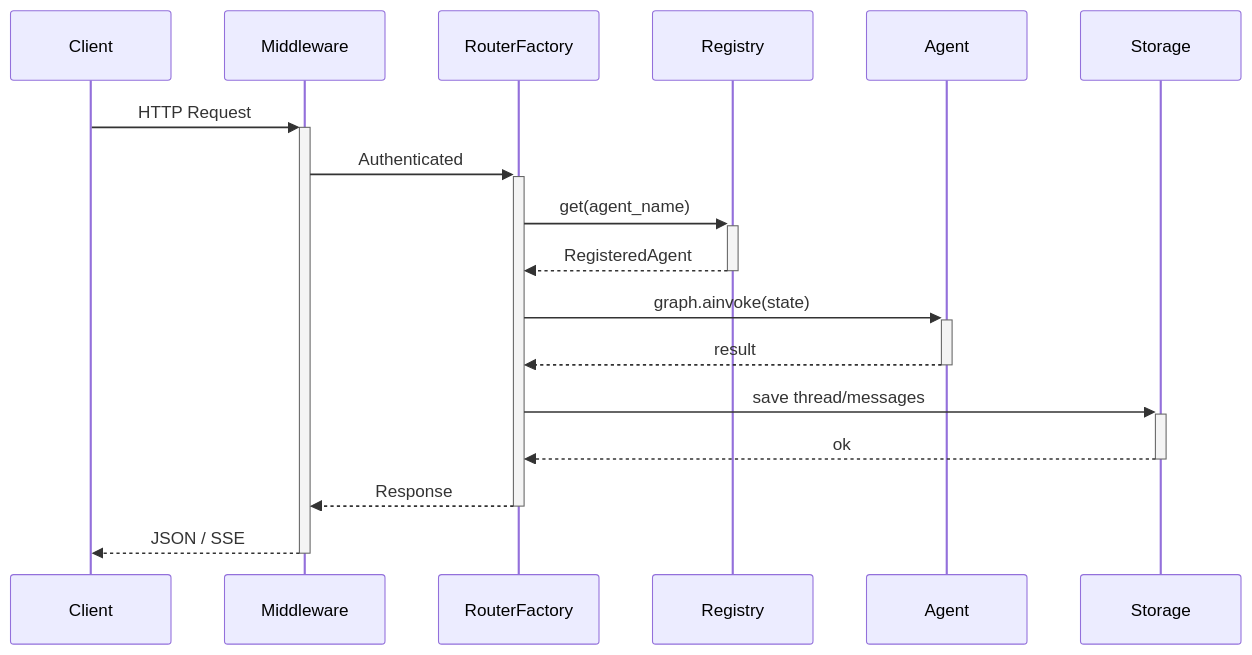
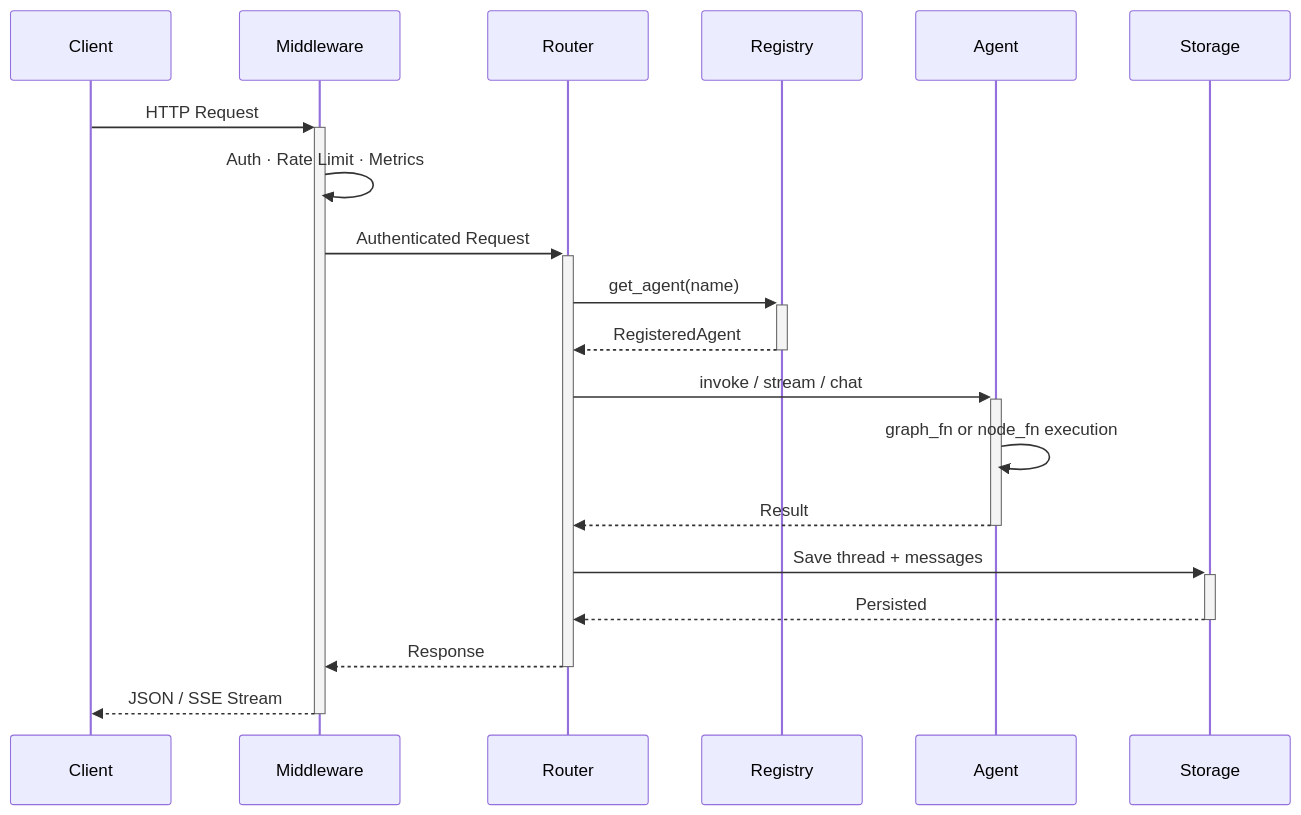
The second of 3 diagrams in docs/architecture/overview.md (UnicoLab/agentomatic), drawn with Mermaid before and after one commit. The commit also changed other lines of this file and 14 other files, not shown here.

````diff
--- a/docs/architecture/overview.md
+++ b/docs/architecture/overview.md
@@ -34,13 +66,22 @@
 ```mermaid
 sequenceDiagram
+    participant Client
+    participant Middleware
+    participant Router
+    participant Registry
+    participant Agent
+    participant Storage
+
     Client->>+Middleware: HTTP Request
-    Middleware->>+RouterFactory: Authenticated
-    RouterFactory->>+Registry: get(agent_name)
-    Registry-->>-RouterFactory: RegisteredAgent
-    RouterFactory->>+Agent: graph.ainvoke(state)
-    Agent-->>-RouterFactory: result
-    RouterFactory->>+Storage: save thread/messages
-    Storage-->>-RouterFactory: ok
-    RouterFactory-->>-Middleware: Response
-    Middleware-->>-Client: JSON / SSE
+    Middleware->>Middleware: Auth · Rate Limit · Metrics
+    Middleware->>+Router: Authenticated Request
+    Router->>+Registry: get_agent(name)
+    Registry-->>-Router: RegisteredAgent
+    Router->>+Agent: invoke / stream / chat
+    Agent->>Agent: graph_fn or node_fn execution
+    Agent-->>-Router: Result
+    Router->>+Storage: Save thread + messages
+    Storage-->>-Router: Persisted
+    Router-->>-Middleware: Response
+    Middleware-->>-Client: JSON / SSE Stream
 ```
````
